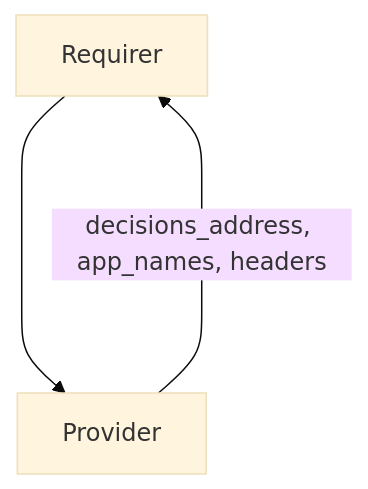
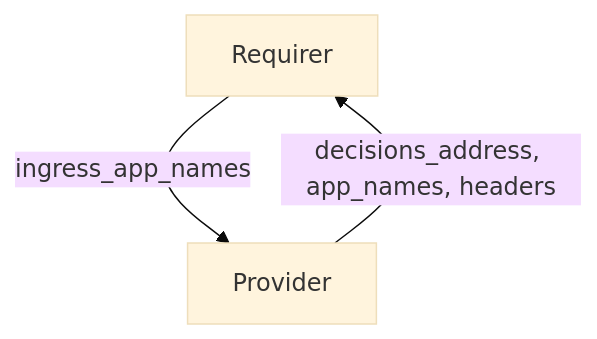
The diagram in interfaces/forward_auth/v0/README.md (canonical/charm-relation-interfaces), drawn with Mermaid (base theme) before and after one commit. The commit also changed other lines of this file and 2 other files, not shown here.

Commit message:
add ingress_app_names to forward-auth requirer

````diff
--- a/interfaces/forward_auth/v0/README.md
+++ b/interfaces/forward_auth/v0/README.md
@@ -16,5 +16,5 @@
 ```mermaid
 flowchart
-    Requirer ----> Provider
+    Requirer -- ingress_app_names --> Provider
     Provider -- decisions_address, app_names, headers --> Requirer
 ```
````
